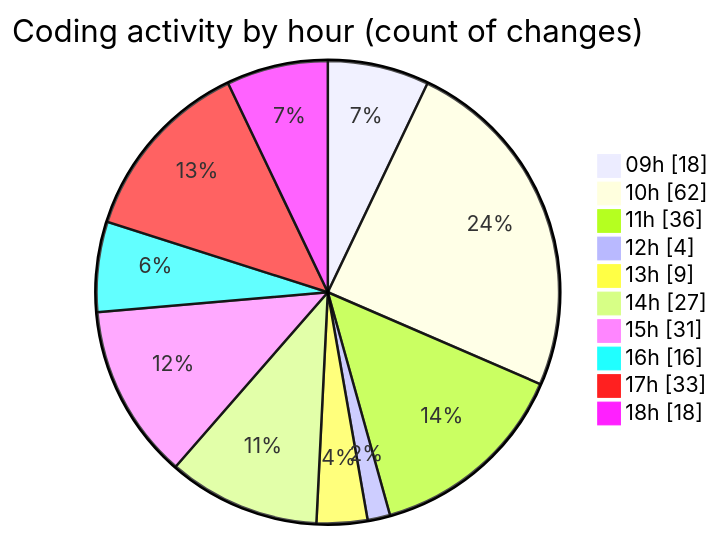
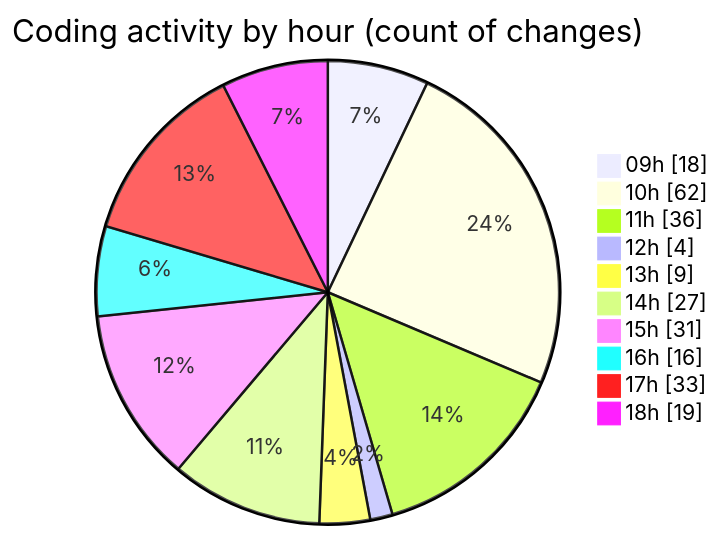
The second of 2 diagrams in 2025-07-01/cda/README.md (momahboobian/code-tracking), drawn with Mermaid before and after one commit. The commit also changed other lines of this file and 1 other file, not shown here.

````diff
--- a/2025-07-01/cda/README.md
+++ b/2025-07-01/cda/README.md
@@ -55,14 +55,14 @@
 ```mermaid
 pie showData
 title Coding activity by hour (count of changes)
 "09h" : 18
 "10h" : 62
 "11h" : 36
 "12h" : 4
 "13h" : 9
 "14h" : 27
 "15h" : 31
 "16h" : 16
 "17h" : 33
-"18h" : 18
+"18h" : 19
 ```
````
